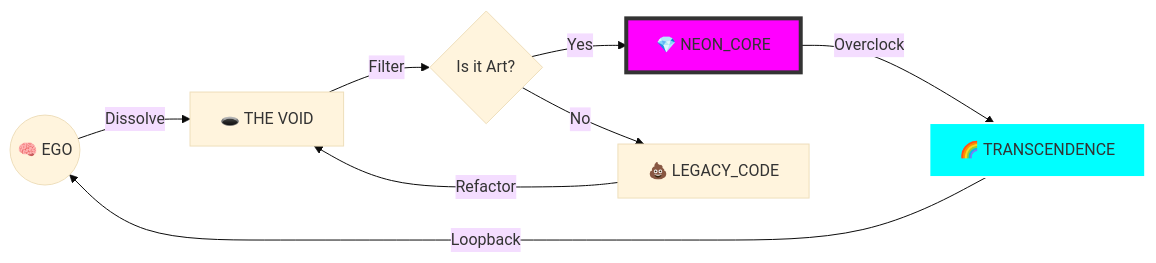
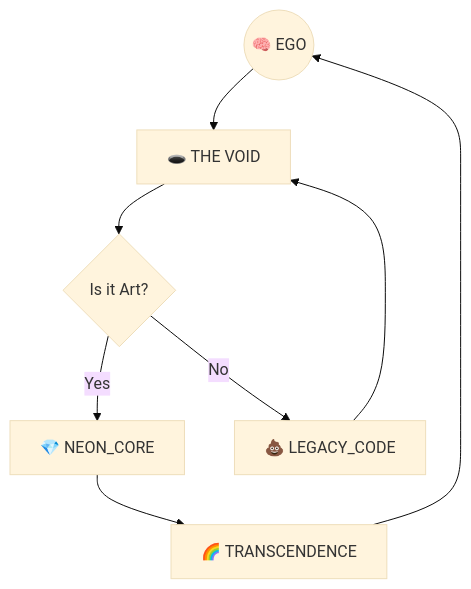
The diagram in README.md (kaliwinki-1/Proto-Potato), drawn with Mermaid (base theme) before and after one commit. The commit also changed other lines of this file, not shown here.

````diff
--- a/README.md
+++ b/README.md
@@ -38,12 +33,10 @@
 ```mermaid
-graph LR
-    A((🧠 EGO)) -->|Dissolve| B[🕳️ THE VOID]
-    B -->|Filter| C{Is it Art?}
+graph TD
+    A((🧠 EGO)) --> B[🕳️ THE VOID]
+    B --> C{Is it Art?}
     C -->|Yes| D[💎 NEON_CORE]
     C -->|No| E[💩 LEGACY_CODE]
-    D -->|Overclock| F[🌈 TRANSCENDENCE]
-    E -->|Refactor| B
-    F -->|Loopback| A
-    style D fill:#f0f,stroke:#333,stroke-width:4px
-    style F fill:#0ff,stroke:#fff,stroke-width:2px
+    D --> F[🌈 TRANSCENDENCE]
+    E --> B
+    F --> A
 ```
````
